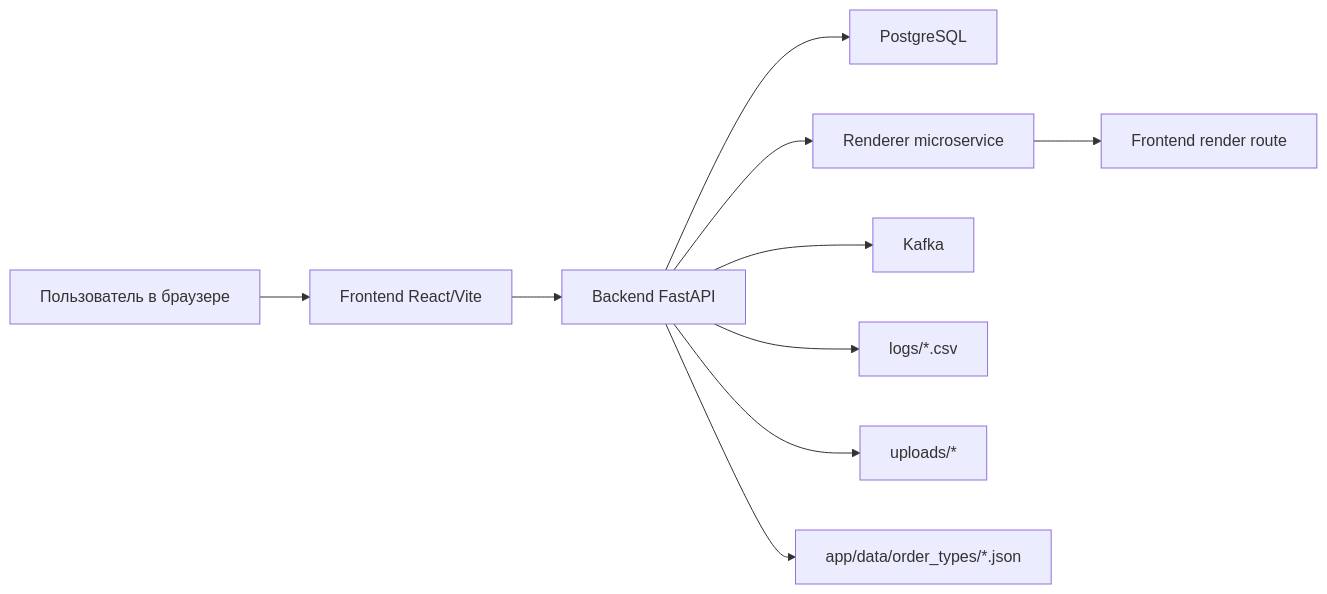
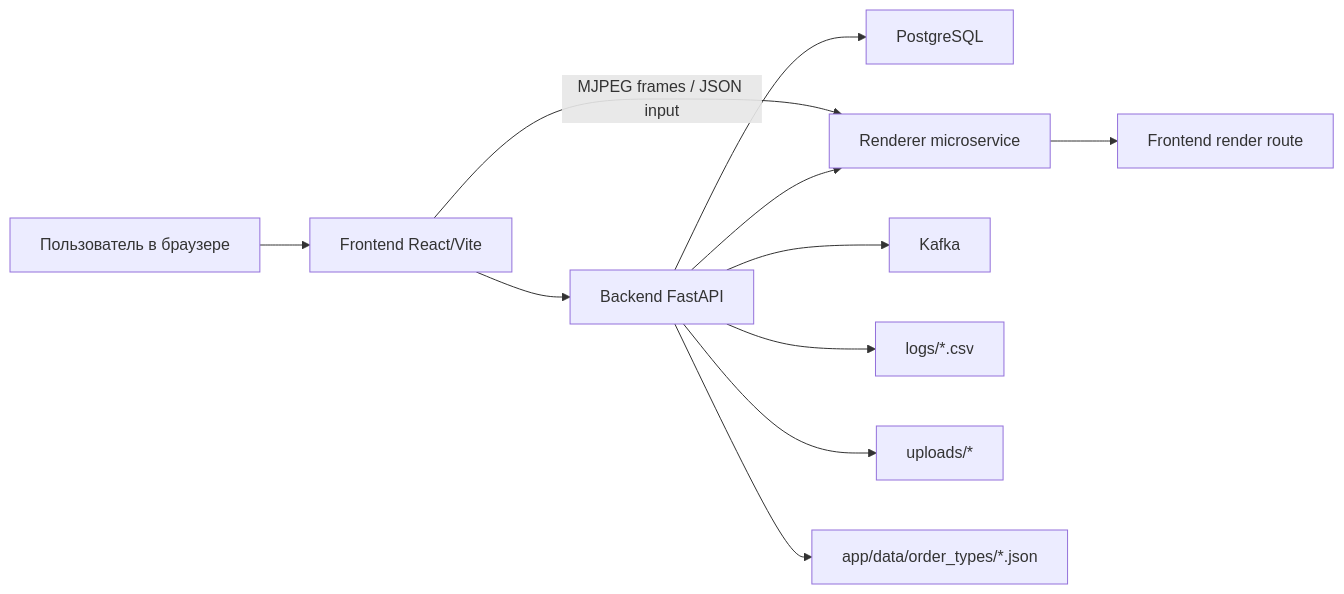
The diagram in docs/architecture.md (admst-dz/sproogeek), drawn with Mermaid before and after one commit. The commit also changed other lines of this file and 16 other files, not shown here.

````diff
--- a/docs/architecture.md
+++ b/docs/architecture.md
@@ -5,12 +5,13 @@
 ```mermaid
 flowchart LR
     User["Пользователь в браузере"] --> Frontend["Frontend React/Vite"]
     Frontend --> Backend["Backend FastAPI"]
     Backend --> DB["PostgreSQL"]
     Backend --> Renderer["Renderer microservice"]
+    Frontend -->|"MJPEG frames / JSON input"| Renderer
     Renderer --> RenderFrontend["Frontend render route"]
     Backend --> Kafka["Kafka"]
     Backend --> Logs["logs/*.csv"]
     Backend --> Uploads["uploads/*"]
     Backend --> OrderTypes["app/data/order_types/*.json"]
 ```
````
